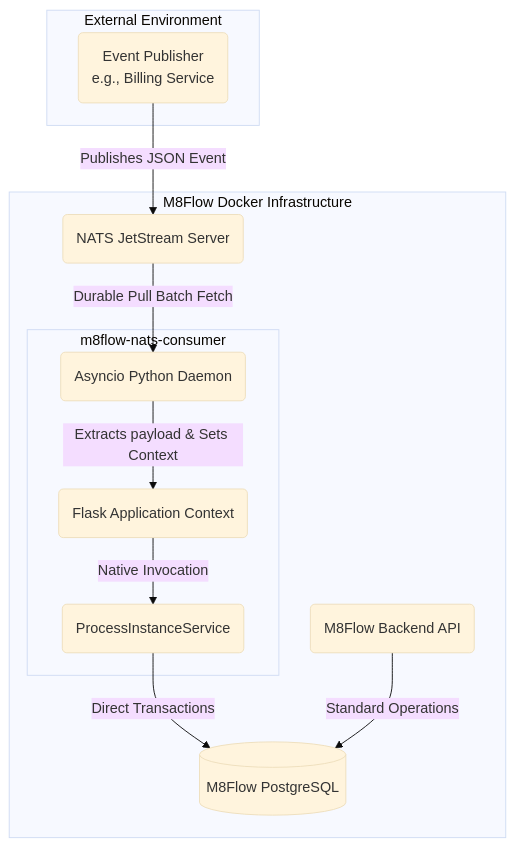
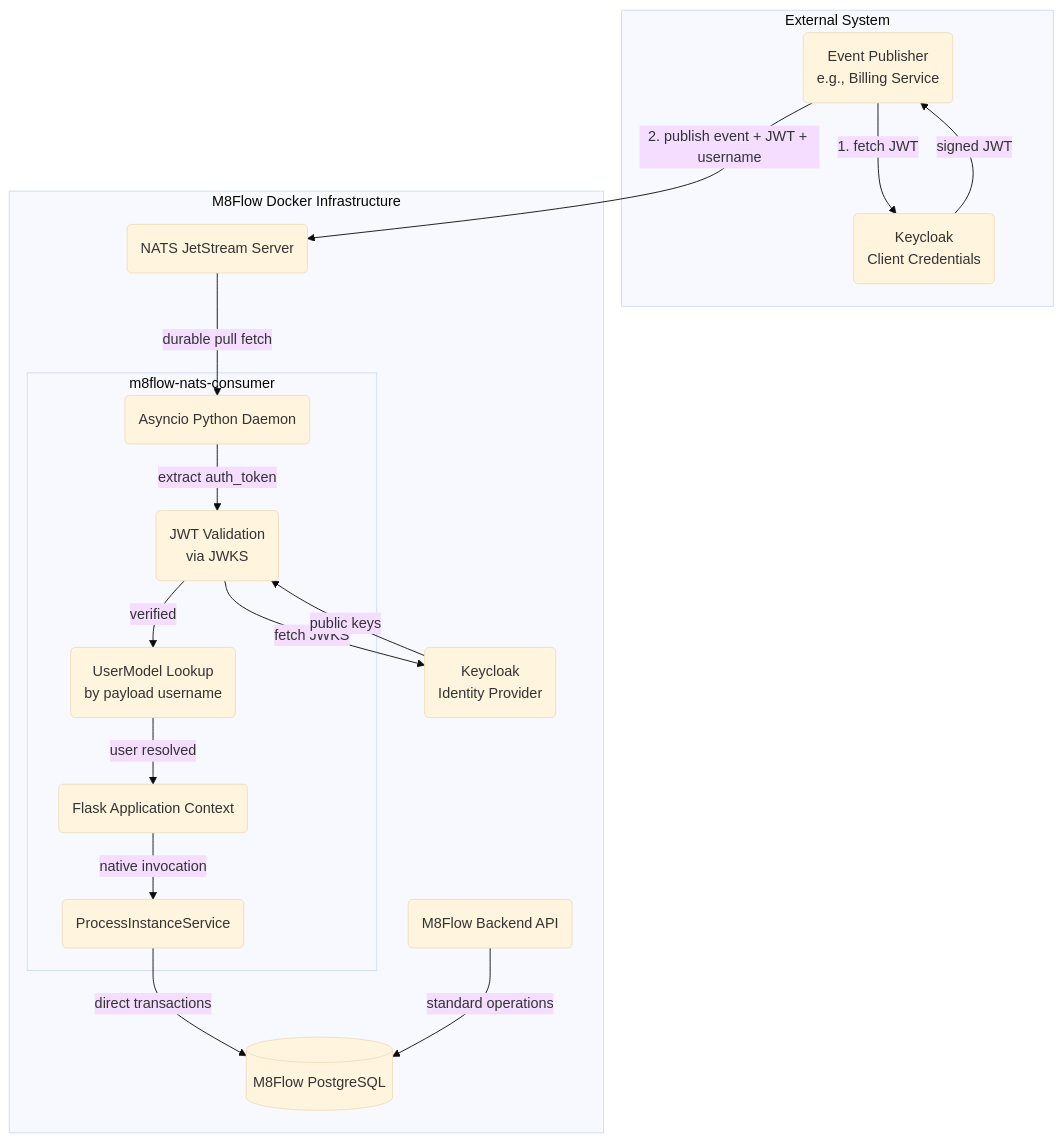
One commit to AOT-Technologies/m8flow changed the first of 2 diagrams in docs/event-driven-architecture.md. Above: the diagram before and after it, drawn with Mermaid (base theme). The commit also changed other lines of this file and 11 other files, not shown here.

Commit message:
feat: Implement JWT validation via Keycloak JWKS and NATS KV deduplication in the consumer, updating documentation and streamlining NATS setup.

````diff
--- a/docs/event-driven-architecture.md
+++ b/docs/event-driven-architecture.md
@@ -11,27 +9,37 @@
 ```mermaid
 flowchart TB
-    subgraph External[External Environment]
-        Publisher(Event Publisher<br/>e.g., Billing Service)
+    subgraph External[External System]
+        Publisher(Event Publisher\ne.g., Billing Service)
+        Keycloak_fetch(Keycloak\nClient Credentials)
     end
 
     subgraph Infrastructure[M8Flow Docker Infrastructure]
         NATS(NATS JetStream Server)
+        Keycloak(Keycloak\nIdentity Provider)
 
         subgraph Consumer[m8flow-nats-consumer]
             Daemon(Asyncio Python Daemon)
+            Auth(JWT Validation\nvia JWKS)
+            UserLookup(UserModel Lookup\nby payload username)
             FlaskCtx(Flask Application Context)
             SpiffSvc(ProcessInstanceService)
 
-            Daemon -->|Extracts payload & Sets Context| FlaskCtx
-            FlaskCtx -->|Native Invocation| SpiffSvc
+            Daemon -->|extract auth_token| Auth
+            Auth -->|verified| UserLookup
+            UserLookup -->|user resolved| FlaskCtx
+            FlaskCtx -->|native invocation| SpiffSvc
         end
 
         DB[(M8Flow PostgreSQL)]
         Backend(M8Flow Backend API)
     end
 
-    Publisher -->|Publishes JSON Event| NATS
-    NATS -->|Durable Pull Batch Fetch| Daemon
-    SpiffSvc -->|Direct Transactions| DB
-    Backend -->|Standard Operations| DB
+    Publisher -->|1. fetch JWT| Keycloak_fetch
+    Keycloak_fetch -->|signed JWT| Publisher
+    Publisher -->|2. publish event + JWT + username| NATS
+    NATS -->|durable pull fetch| Daemon
+    Auth -->|fetch JWKS| Keycloak
+    Keycloak -->|public keys| Auth
+    SpiffSvc -->|direct transactions| DB
+    Backend -->|standard operations| DB
 ```
````
